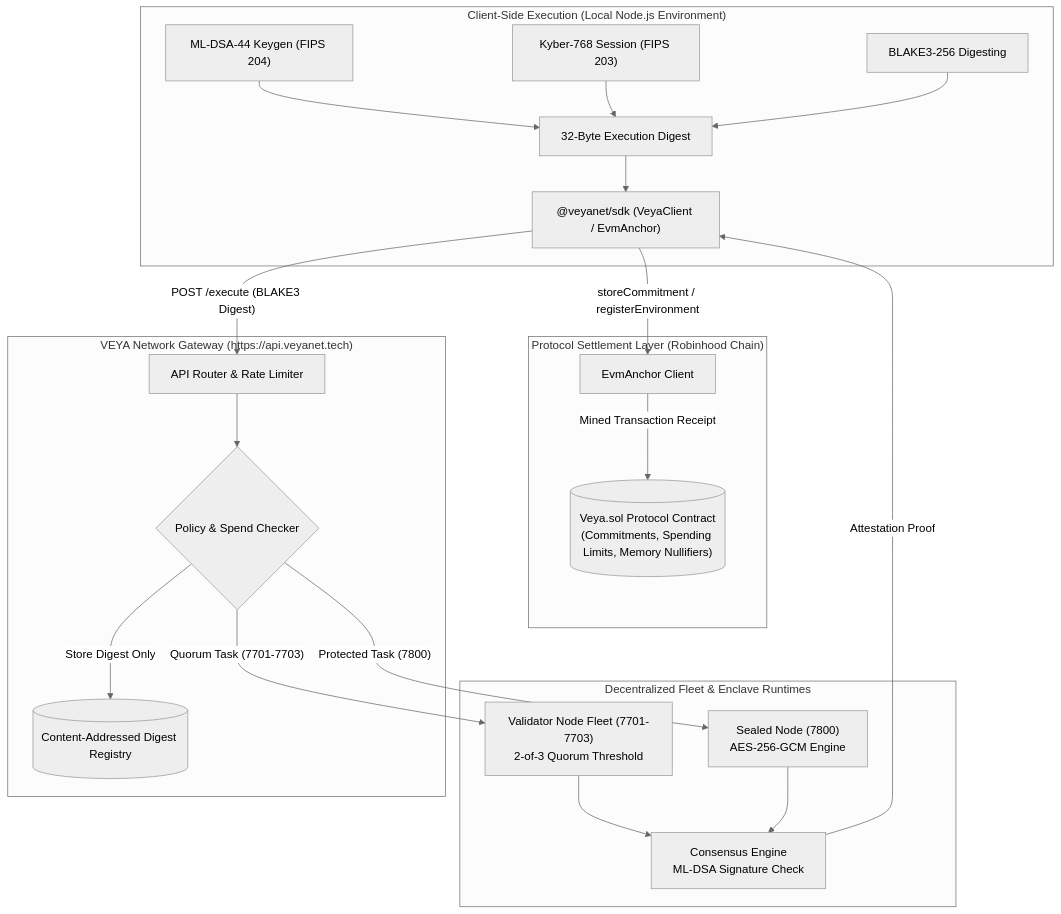
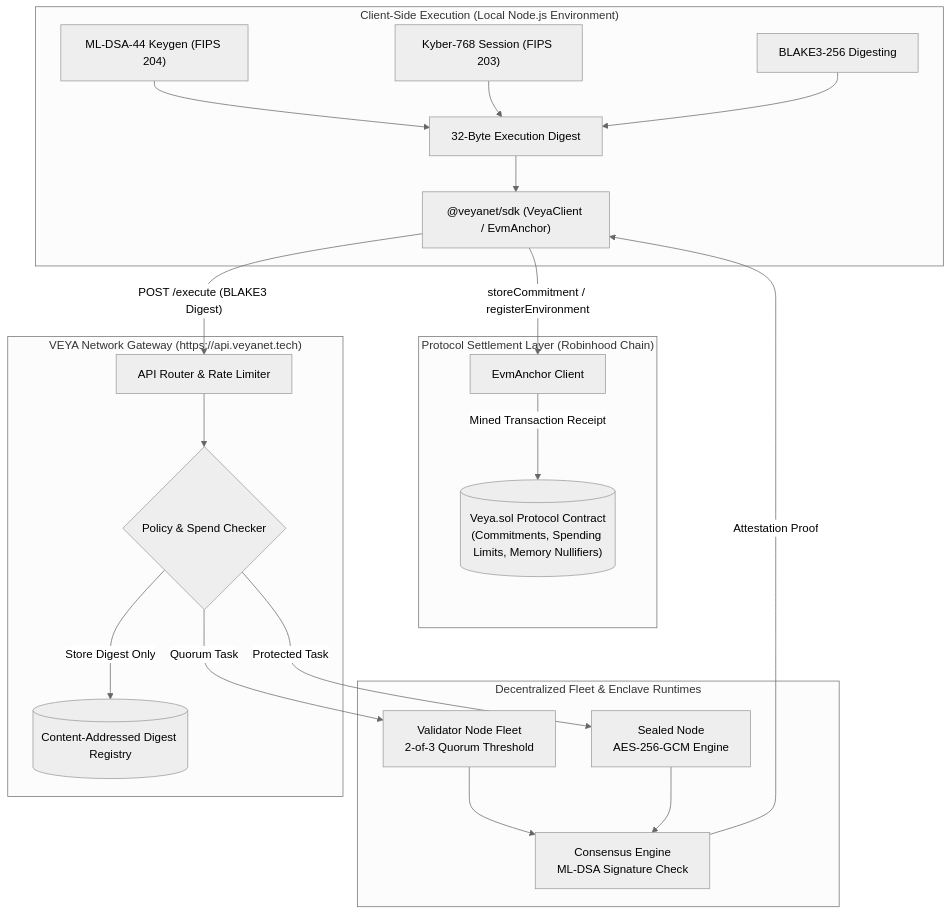
One commit to veyanet/veya-sdk changed the diagram in README.md. Above: the diagram before and after it, drawn with Mermaid (neutral theme). The commit also changed other lines of this file, not shown here.

````diff
--- a/README.md
+++ b/README.md
@@ -82,52 +83,52 @@
 ```mermaid
 flowchart TB
     subgraph ClientSpace["Client-Side Execution (Local Node.js Environment)"]
         PQGen["ML-DSA-44 Keygen (FIPS 204)"]
         KyberGen["Kyber-768 Session (FIPS 203)"]
         BLAKE3Engine["BLAKE3-256 Digesting"]
         StateDigest["32-Byte Execution Digest"]
         
         SDK["@veyanet/sdk (VeyaClient / EvmAnchor)"]
     end
 
     subgraph APIBoundary["VEYA Network Gateway (https://api.veyanet.tech)"]
         Gateway["API Router & Rate Limiter"]
         PolicyCheck{"Policy & Spend Checker"}
         StateDB[("Content-Addressed Digest Registry")]
     end
 
     subgraph ComputeBoundary["Decentralized Fleet & Enclave Runtimes"]
-        ValidatorFleet["Validator Node Fleet (7701-7703)\n2-of-3 Quorum Threshold"]
-        SealedNode["Sealed Node (7800)\nAES-256-GCM Engine"]
+        ValidatorFleet["Validator Node Fleet\n2-of-3 Quorum Threshold"]
+        SealedNode["Sealed Node\nAES-256-GCM Engine"]
         ConsensusEngine["Consensus Engine\nML-DSA Signature Check"]
     end
 
     subgraph Blockchain["Protocol Settlement Layer (Robinhood Chain)"]
         EvmAnchor["EvmAnchor Client"]
         ProtocolContract[("Veya.sol Protocol Contract\n(Commitments, Spending Limits, Memory Nullifiers)")]
     end
 
     %% Cryptographic Setup
     PQGen --> StateDigest
     KyberGen --> StateDigest
     BLAKE3Engine --> StateDigest
 
     %% SDK Dispatch
     StateDigest --> SDK
     
     %% API Requests
     SDK -->|"POST /execute (BLAKE3 Digest)"| Gateway
     Gateway --> PolicyCheck
     PolicyCheck -->|"Store Digest Only"| StateDB
 
     %% Compute Execution
-    PolicyCheck -->|"Quorum Task (7701-7703)"| ValidatorFleet
-    PolicyCheck -->|"Protected Task (7800)"| SealedNode
+    PolicyCheck -->|"Quorum Task"| ValidatorFleet
+    PolicyCheck -->|"Protected Task"| SealedNode
     ValidatorFleet --> ConsensusEngine
     SealedNode --> ConsensusEngine
 
     %% Settlement
     ConsensusEngine -->|"Attestation Proof"| SDK
     SDK -->|"storeCommitment / registerEnvironment"| EvmAnchor
     EvmAnchor -->|"Mined Transaction Receipt"| ProtocolContract
 ```
````
